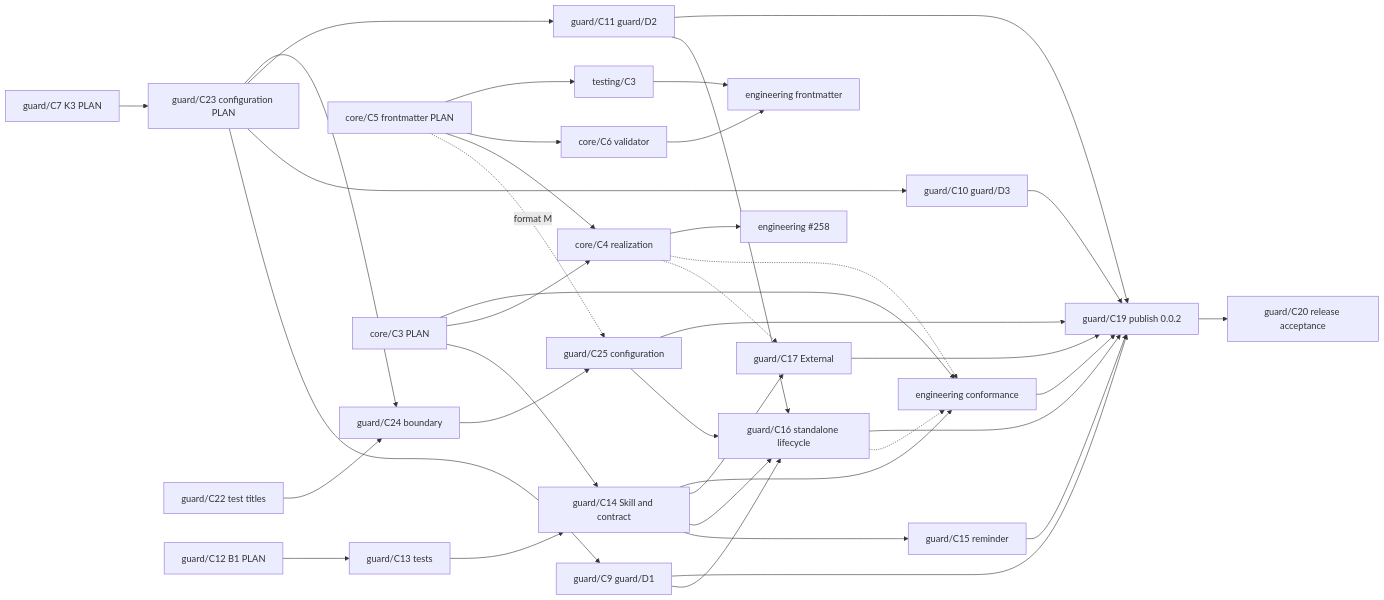
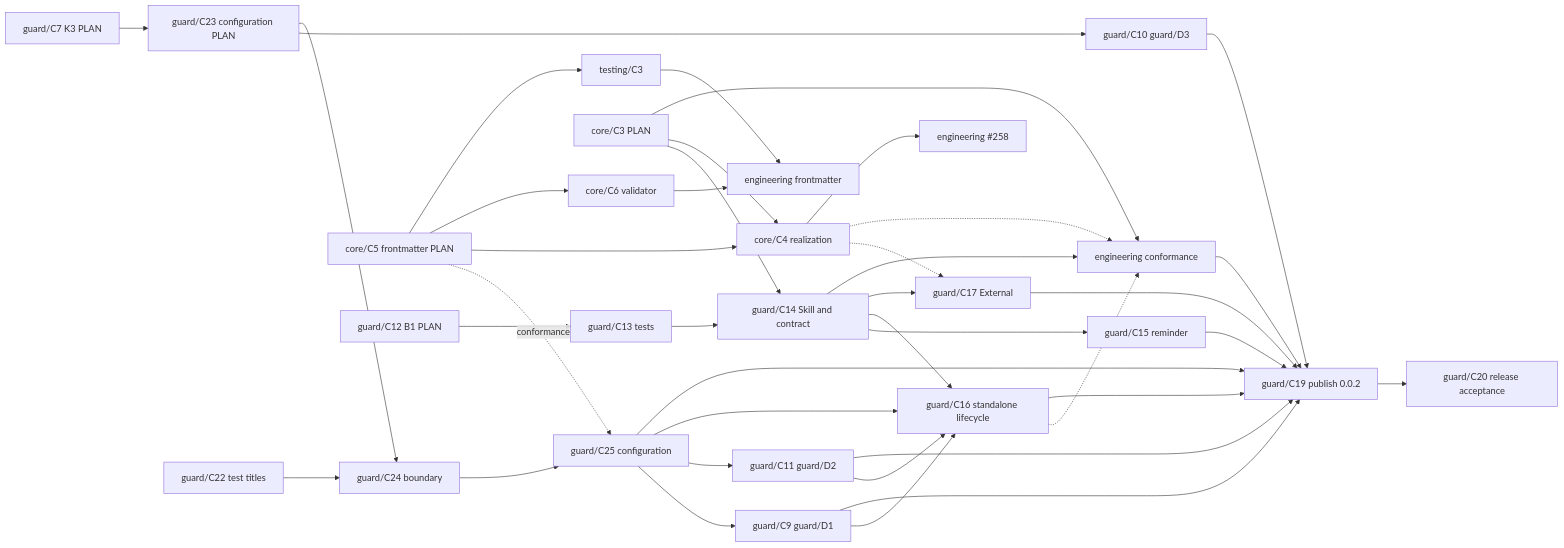
Before and after one commit to Kai-Hacks-AI/KAAL: the diagram in engineering/guard/change.md, drawn with Mermaid. The commit also changed other lines of this file and 3 other files, not shown here.

````diff
--- a/engineering/guard/change.md
+++ b/engineering/guard/change.md
@@ -170,41 +171,41 @@
 ```mermaid
 graph LR
   C7[guard/C7 K3 PLAN] --> C23[guard/C23 configuration PLAN]
-  C23 --> C9[guard/C9 guard/D1]
+  C25 --> C9[guard/C9 guard/D1]
   C23 --> C10[guard/C10 guard/D3]
-  C23 --> C11[guard/C11 guard/D2]
+  C25 --> C11[guard/C11 guard/D2]
   C22[guard/C22 test titles] --> C24[guard/C24 boundary]
   C23 --> C24
   C24 --> C25[guard/C25 configuration]
-  FM5 -.format M.-> C25
+  FM5 -.conformance.-> C25
   C12[guard/C12 B1 PLAN] --> C13[guard/C13 tests]
   C13 --> C14[guard/C14 Skill and contract]
   CP[core/C3 PLAN] --> C14
   C14 --> C15[guard/C15 reminder]
   C14 --> C16[guard/C16 standalone lifecycle]
   C25 --> C16
   C9 --> C16
   C11 --> C16
   C14 --> C17[guard/C17 External]
   CP --> CR[core/C4 realization]
   FM5[core/C5 frontmatter PLAN] --> CR
   FM5 --> FM6[core/C6 validator]
   FM5 --> TT[testing/C3]
   FM6 --> FE[engineering frontmatter]
   TT --> FE
   CR -.-> C17
   C14 --> EC[engineering conformance]
   CP --> EC
   C16 -.-> EC
   CR -.-> EC
   CR --> EA[engineering #258]
   C9 --> C19[guard/C19 publish 0.0.2]
   C10 --> C19
   C11 --> C19
   C15 --> C19
   C16 --> C19
   C25 --> C19
   C17 --> C19
   EC --> C19
   C19 --> C20[guard/C20 release acceptance]
 ```
````
